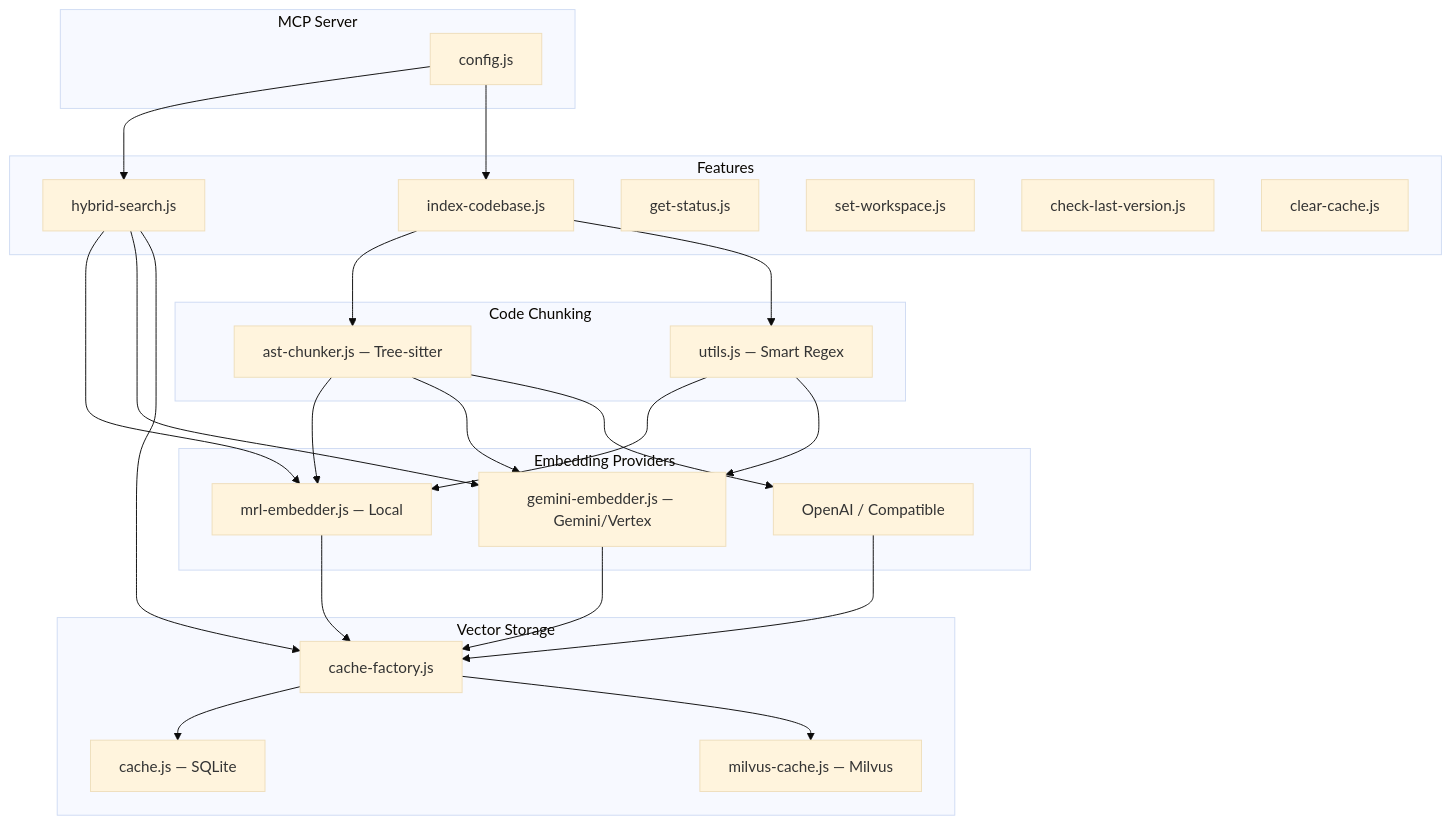
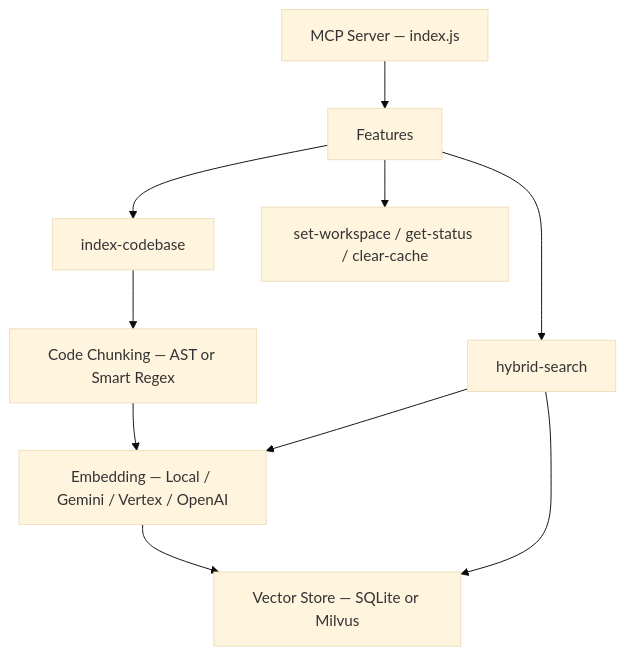
Before and after one commit to bitkyc08-arch/semantic-code-mcp: the first of 3 diagrams in README.md, drawn with Mermaid (base theme).

Commit message:
fix: simplify architecture mermaid to clean box flow

````diff
--- a/README.md
+++ b/README.md
@@ -320,50 +320,14 @@
 ```mermaid
-graph TB
-    subgraph MCP["MCP Server"]
-        CFG["config.js"]
-    end
+graph TD
+    A["MCP Server — index.js"] --> B["Features"]
+    B --> B1["hybrid-search"]
+    B --> B2["index-codebase"]
+    B --> B3["set-workspace / get-status / clear-cache"]
 
-    subgraph Features
-        SEARCH["hybrid-search.js"]
-        INDEX["index-codebase.js"]
-        STATUS["get-status.js"]
-        WORKSPACE["set-workspace.js"]
-        VERSION["check-last-version.js"]
-        CLEAR["clear-cache.js"]
-    end
+    B2 --> C["Code Chunking — AST or Smart Regex"]
+    C --> D["Embedding — Local / Gemini / Vertex / OpenAI"]
+    D --> E["Vector Store — SQLite or Milvus"]
 
-    subgraph Embeddings["Embedding Providers"]
-        LOCAL["mrl-embedder.js — Local"]
-        GEMINI["gemini-embedder.js — Gemini/Vertex"]
-        OAI["OpenAI / Compatible"]
-    end
-
-    subgraph Storage["Vector Storage"]
-        SQLITE["cache.js — SQLite"]
-        MILVUS["milvus-cache.js — Milvus"]
-        FACTORY["cache-factory.js"]
-    end
-
-    subgraph Chunking["Code Chunking"]
-        AST["ast-chunker.js — Tree-sitter"]
-        SMART["utils.js — Smart Regex"]
-    end
-
-    CFG --> SEARCH
-    CFG --> INDEX
-    INDEX --> AST
-    INDEX --> SMART
-    AST --> LOCAL
-    AST --> GEMINI
-    AST --> OAI
-    SMART --> LOCAL
-    SMART --> GEMINI
-    LOCAL --> FACTORY
-    GEMINI --> FACTORY
-    OAI --> FACTORY
-    FACTORY --> SQLITE
-    FACTORY --> MILVUS
-    SEARCH --> LOCAL
-    SEARCH --> GEMINI
-    SEARCH --> FACTORY
+    B1 --> D
+    B1 --> E
 ```
````
